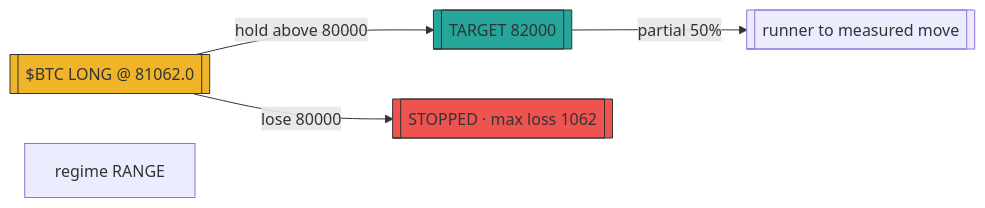
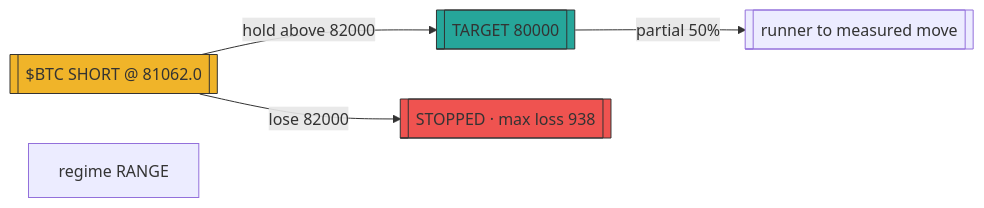
One commit to prx0r/BEAR changed the diagram in astronomer/data/proveout_posts_astronomer_zero/2051813735434703143.mmd. Above: the diagram before and after it, drawn with Mermaid. The commit also changed 586 other files, not shown here.

```diff
--- a/astronomer/data/proveout_posts_astronomer_zero/2051813735434703143.mmd
+++ b/astronomer/data/proveout_posts_astronomer_zero/2051813735434703143.mmd
@@ -1,9 +1,9 @@
 flowchart LR
-    sig[["$BTC LONG @ 81062.0"]]
-    sig -->|"hold above 80000"| tgt[["TARGET 82000"]]
-    sig -->|"lose 80000"| stp[["STOPPED · max loss 1062"]]
+    sig[["$BTC SHORT @ 81062.0"]]
+    sig -->|"hold above 82000"| tgt[["TARGET 80000"]]
+    sig -->|"lose 82000"| stp[["STOPPED · max loss 938"]]
     tgt -->|"partial 50%"| t2[["runner to measured move"]]
     style sig fill:#f0b429,stroke:#333
     style tgt fill:#26a69a,stroke:#333
     style stp fill:#ef5350,stroke:#333
     sub["regime RANGE" ]
```
